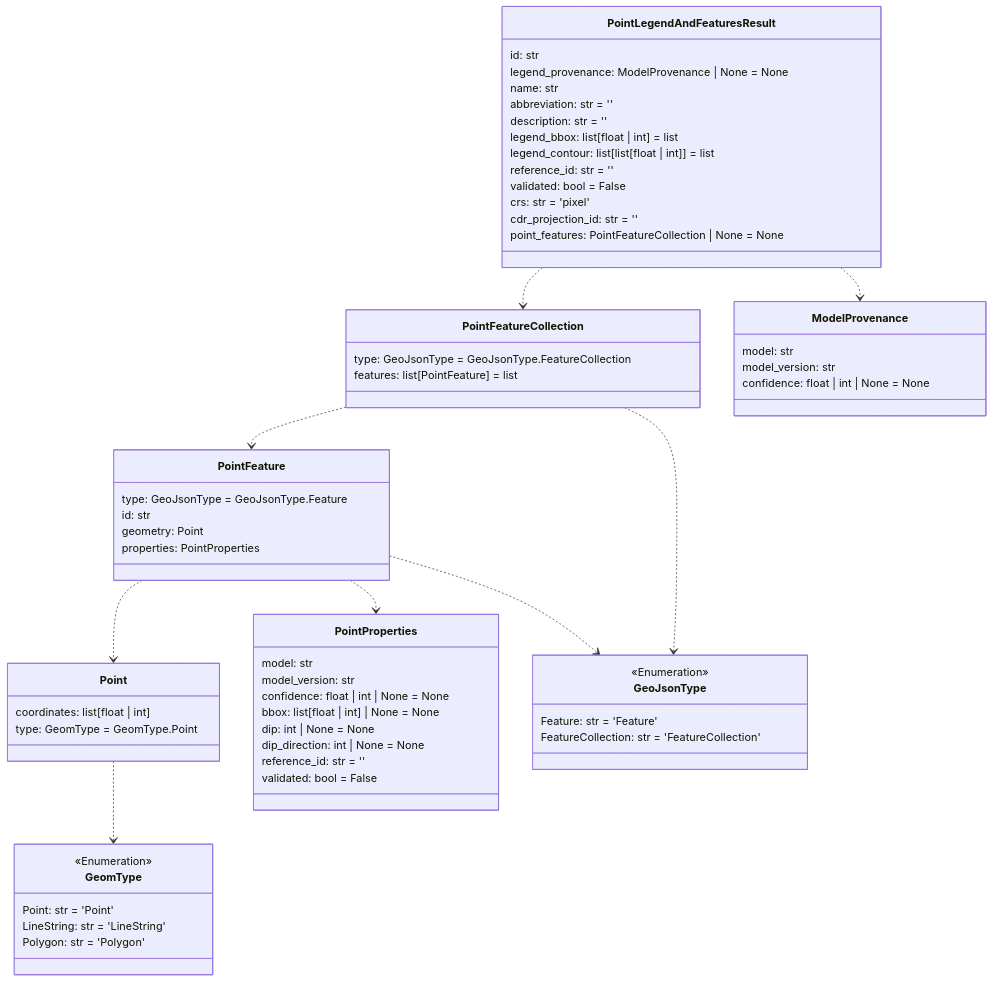
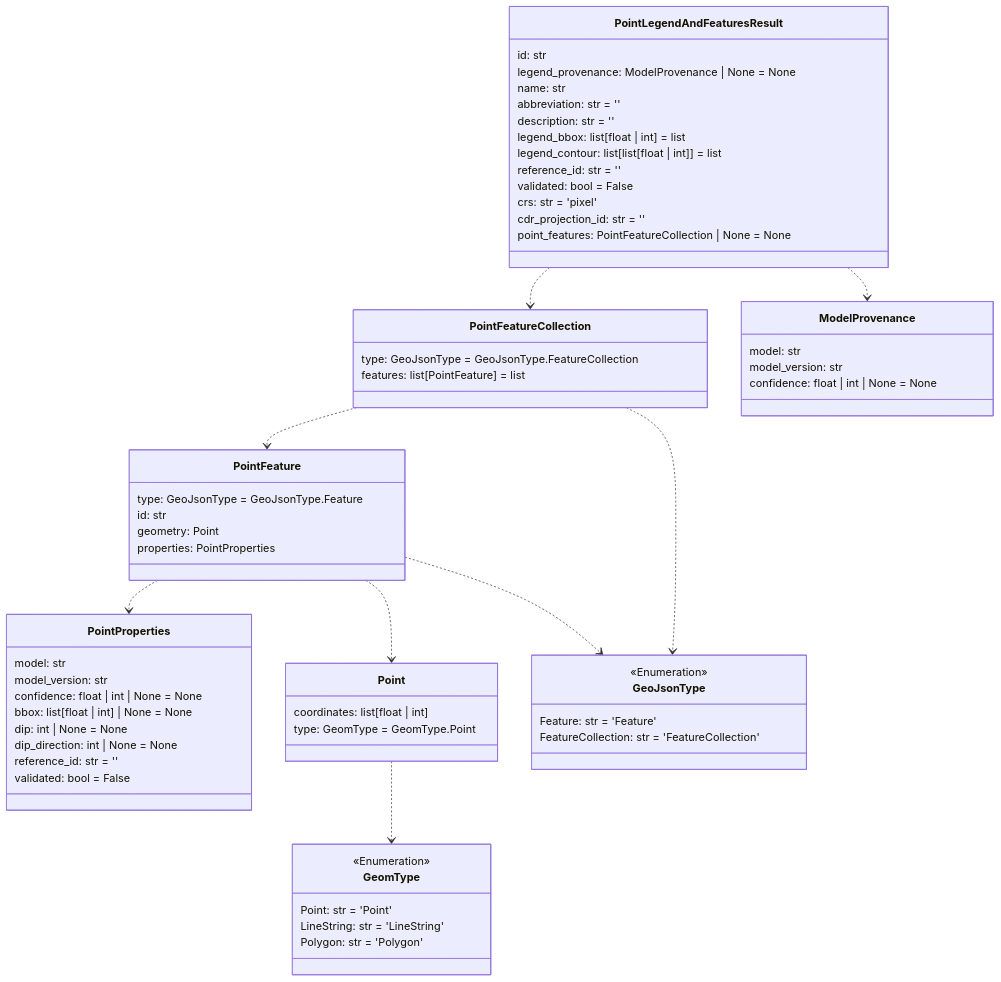
One commit to DARPA-CRITICALMAAS/cdr_schemas changed the fifth of 14 diagrams in README.md. Above: the diagram before and after it, drawn with Mermaid. The commit also changed other lines of this file and 4 other files, not shown here.

````diff
--- a/README.md
+++ b/README.md
@@ -366,76 +368,76 @@
 ```mermaid
 classDiagram
-
-    class PointFeatureCollection {
-        type: GeoJsonType = GeoJsonType.FeatureCollection
-        features: list[PointFeature] = list
-    }
-
-    class ModelProvenance {
-        model: str
-        model_version: str
-        confidence: float | int | None = None
-    }
-
-    class PointFeature {
-        type: GeoJsonType = GeoJsonType.Feature
-        id: str
-        geometry: Point
-        properties: PointProperties
-    }
-
-    class Point {
-        coordinates: list[float | int]
-        type: GeomType = GeomType.Point
-    }
 
     class PointProperties {
         model: str
         model_version: str
         confidence: float | int | None = None
         bbox: list[float | int] | None = None
         dip: int | None = None
         dip_direction: int | None = None
         reference_id: str = ''
         validated: bool = False
+    }
+
+    class PointFeatureCollection {
+        type: GeoJsonType = GeoJsonType.FeatureCollection
+        features: list[PointFeature] = list
+    }
+
+    class PointFeature {
+        type: GeoJsonType = GeoJsonType.Feature
+        id: str
+        geometry: Point
+        properties: PointProperties
+    }
+
+    class GeomType {
+        <<Enumeration>>
+        Point: str = 'Point'
+        LineString: str = 'LineString'
+        Polygon: str = 'Polygon'
+    }
+
+    class Point {
+        coordinates: list[float | int]
+        type: GeomType = GeomType.Point
+    }
+
+    class GeoJsonType {
+        <<Enumeration>>
+        Feature: str = 'Feature'
+        FeatureCollection: str = 'FeatureCollection'
+    }
+
+    class ModelProvenance {
+        model: str
+        model_version: str
+        confidence: float | int | None = None
     }
 
     class PointLegendAndFeaturesResult {
         id: str
         legend_provenance: ModelProvenance | None = None
         name: str
         abbreviation: str = ''
         description: str = ''
         legend_bbox: list[float | int] = list
         legend_contour: list[list[float | int]] = list
         reference_id: str = ''
         validated: bool = False
         crs: str = 'pixel'
         cdr_projection_id: str = ''
         point_features: PointFeatureCollection | None = None
     }
 
-    class GeomType {
-        <<Enumeration>>
-        Point: str = 'Point'
-        LineString: str = 'LineString'
-        Polygon: str = 'Polygon'
-    }
-
-    class GeoJsonType {
-        <<Enumeration>>
-        Feature: str = 'Feature'
-        FeatureCollection: str = 'FeatureCollection'
-    }
-
     Point ..> GeomType
+    PointFeature ..> PointProperties
     PointFeature ..> Point
-    PointFeature ..> PointProperties
     PointFeature ..> GeoJsonType
     PointFeatureCollection ..> PointFeature
     PointFeatureCollection ..> GeoJsonType
     PointLegendAndFeaturesResult ..> PointFeatureCollection
     PointLegendAndFeaturesResult ..> ModelProvenance
 
 
 ```
````
